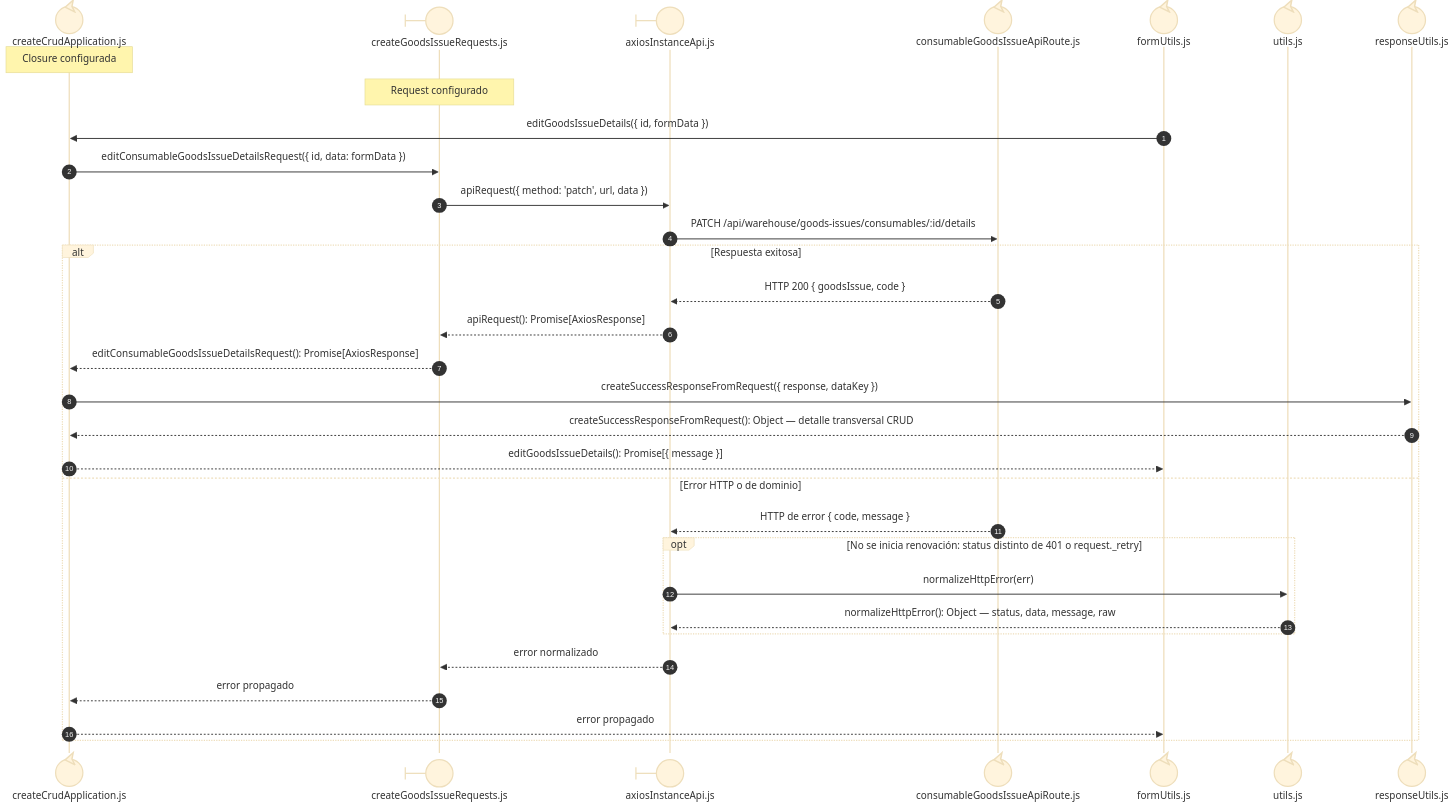
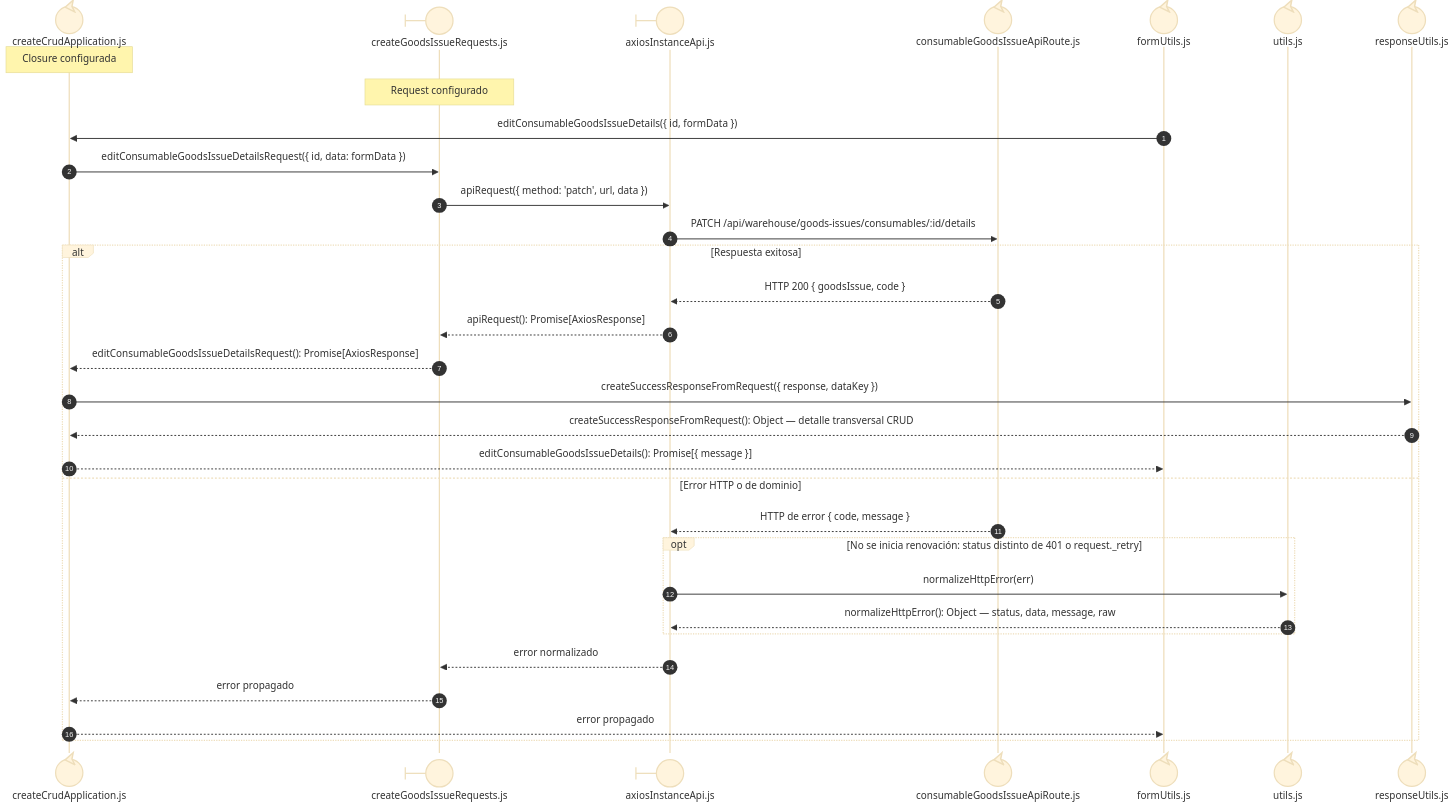
Before and after one commit to gpgsistemas01/nexus: the third of 3 diagrams in docs/architecture/views/processes/frontend-code-sequences/issues/cu-sal-19.md, drawn with Mermaid (base theme). The commit also changed other lines of this file and 142 other files, not shown here.

````diff
--- a/docs/architecture/views/processes/frontend-code-sequences/issues/cu-sal-19.md
+++ b/docs/architecture/views/processes/frontend-code-sequences/issues/cu-sal-19.md
@@ -191,37 +192,37 @@
 ```mermaid
 sequenceDiagram
     autonumber
     participant Application@{ "type": "control" } as createCrudApplication.js
     participant Request@{ "type": "boundary" } as createGoodsIssueRequests.js
     participant HTTP@{ "type": "boundary" } as axiosInstanceApi.js
     participant Transport@{ "type": "control" } as consumableGoodsIssueApiRoute.js
     participant FormUtils@{ "type": "control" } as formUtils.js
 
     participant FileUtils@{ "type": "control" } as utils.js
 
     participant FileResponseUtils@{ "type": "control" } as responseUtils.js
 
     Note over Application: Closure configurada
     Note over Request: Request configurado
-        FormUtils->>Application: editGoodsIssueDetails({ id, formData })
+        FormUtils->>Application: editConsumableGoodsIssueDetails({ id, formData })
         Application->>Request: editConsumableGoodsIssueDetailsRequest({ id, data: formData })
         Request->>HTTP: apiRequest({ method: 'patch', url, data })
         HTTP->>Transport: PATCH /api/warehouse/goods-issues/consumables/:id/details
         alt Respuesta exitosa
             Transport-->>HTTP: HTTP 200 { goodsIssue, code }
             HTTP-->>Request: apiRequest(): Promise[AxiosResponse]
             Request-->>Application: editConsumableGoodsIssueDetailsRequest(): Promise[AxiosResponse]
             Application->>FileResponseUtils: createSuccessResponseFromRequest({ response, dataKey })
             FileResponseUtils-->>Application: createSuccessResponseFromRequest(): Object — detalle transversal CRUD
-            Application-->>FormUtils: editGoodsIssueDetails(): Promise[{ message }]
+            Application-->>FormUtils: editConsumableGoodsIssueDetails(): Promise[{ message }]
         else Error HTTP o de dominio
             Transport-->>HTTP: HTTP de error { code, message }
             opt No se inicia renovación: status distinto de 401 o request._retry
                 HTTP->>FileUtils: normalizeHttpError(err)
                 FileUtils-->>HTTP: normalizeHttpError(): Object — status, data, message, raw
             end
             HTTP-->>Request: error normalizado
             Request-->>Application: error propagado
             Application-->>FormUtils: error propagado
     end
 ```
````
